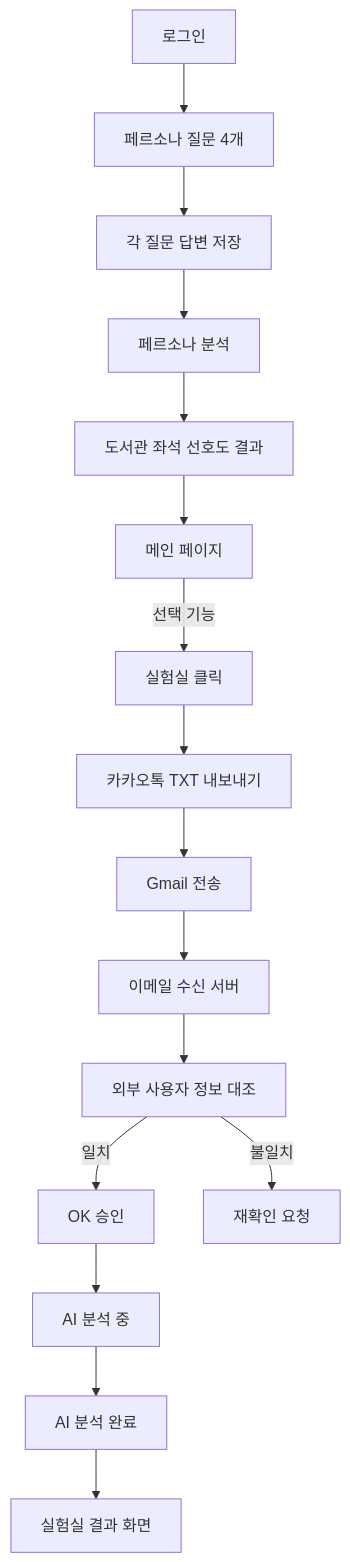
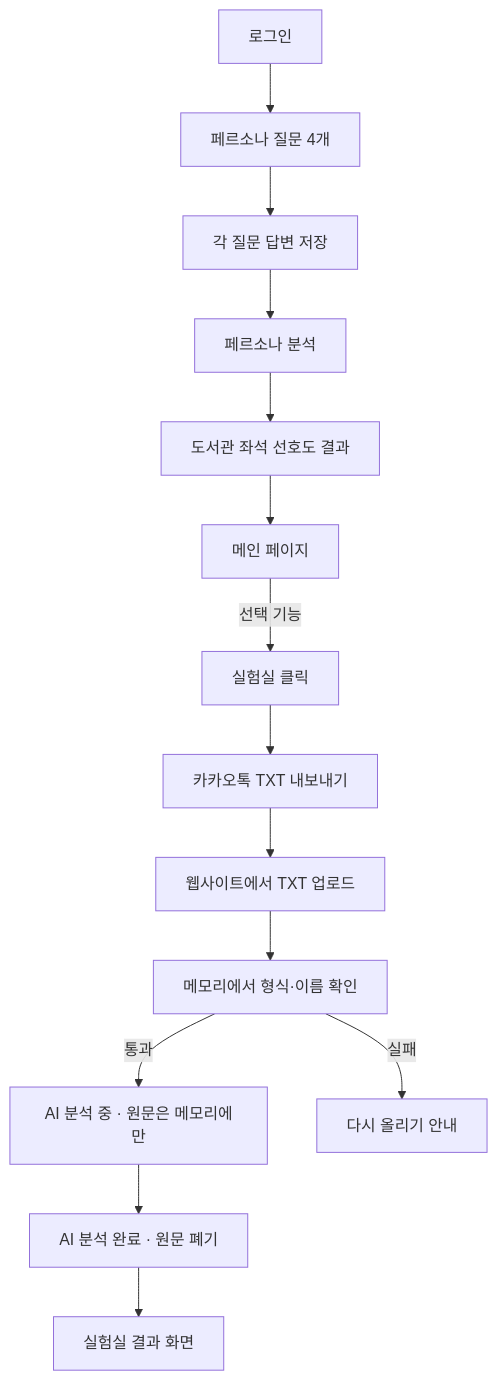
Before and after one commit to yojun313/2026-IST-TECH-SeatCom-Model: the first of 2 diagrams in backend/docs/API_SPEC_v2.1.md, drawn with Mermaid. The commit also changed other lines of this file and 97 other files, not shown here.

````diff
--- a/backend/docs/API_SPEC_v2.1.md
+++ b/backend/docs/API_SPEC_v2.1.md
@@ -54,21 +52,17 @@
 ```mermaid
 flowchart TD
     A[로그인] --> B[페르소나 질문 4개]
     B --> C[각 질문 답변 저장]
     C --> D[페르소나 분석]
     D --> E[도서관 좌석 선호도 결과]
     E --> F[메인 페이지]
 
     F -->|선택 기능| G[실험실 클릭]
     G --> H[카카오톡 TXT 내보내기]
-    H --> I[Gmail 전송]
-    I --> J[이메일 수신 서버]
-    J --> K[외부 사용자 정보 대조]
-
-    K -->|일치| L[OK 승인]
-    K -->|불일치| M[재확인 요청]
-
-    L --> N[AI 분석 중]
-    N --> O[AI 분석 완료]
+    H --> I[웹사이트에서 TXT 업로드]
+    I --> J[메모리에서 형식·이름 확인]
+    J -->|통과| N[AI 분석 중 · 원문은 메모리에만]
+    J -->|실패| M[다시 올리기 안내]
+    N --> O[AI 분석 완료 · 원문 폐기]
     O --> P[실험실 결과 화면]
 ```
````
